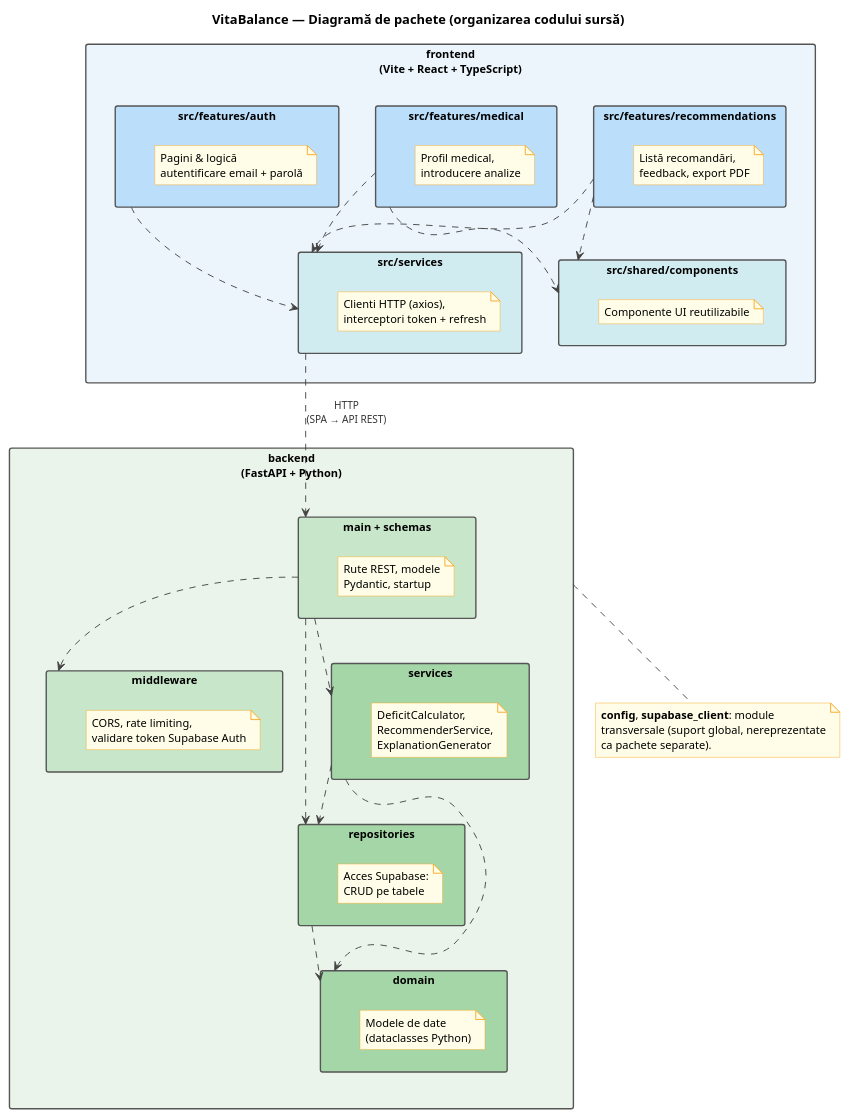
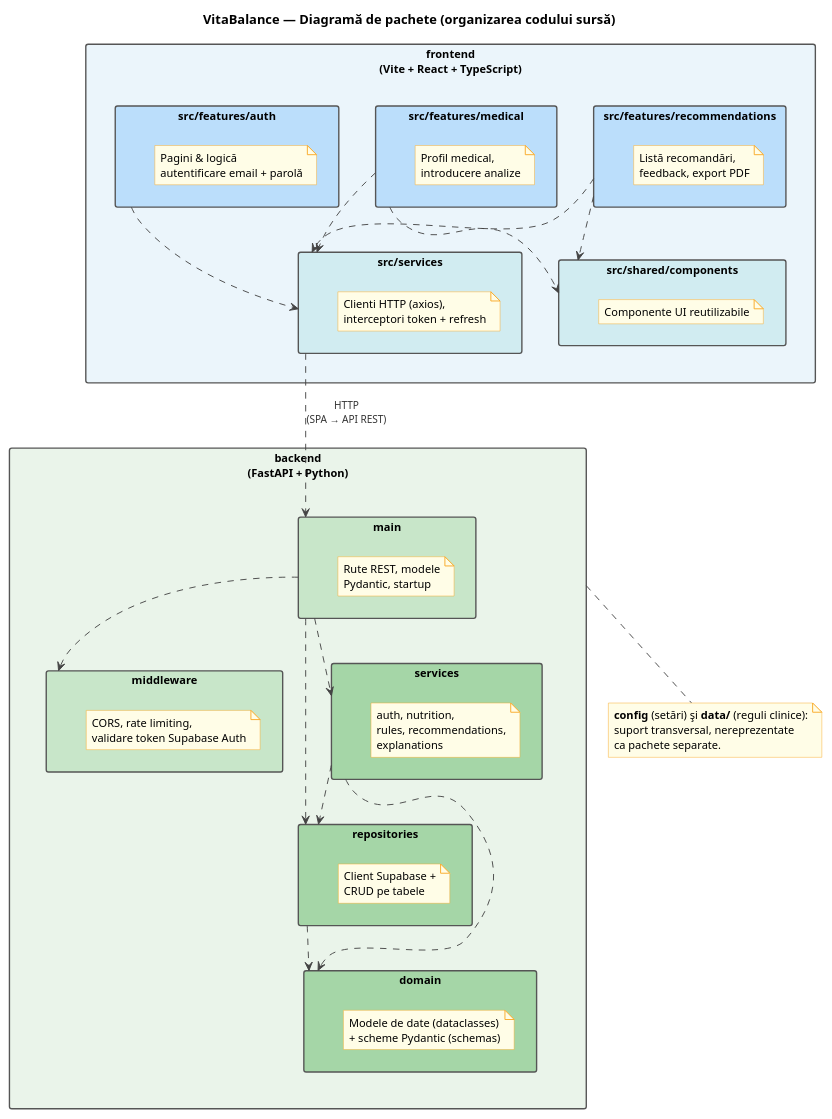
Before and after one commit to CalinGraphics/VitaBalance: the diagram in docs/diagrams/uml-package-diagram.puml, drawn with PlantUML. The commit also changed 64 other files, not shown here.

```diff
--- a/docs/diagrams/uml-package-diagram.puml
+++ b/docs/diagrams/uml-package-diagram.puml
@@ -1,115 +1,115 @@
 @startuml VitaBalance_Package_Diagram
 title VitaBalance — Diagramă de pachete (organizarea codului sursă)
 
 skinparam shadowing false
 skinparam backgroundColor #FFFFFF
 skinparam defaultFontName "Segoe UI"
 skinparam defaultFontSize 12
 skinparam packageStyle rectangle
 skinparam packageBorderColor #555555
 skinparam ArrowColor #444444
 skinparam ArrowFontColor #333333
 skinparam ArrowFontSize 11
 skinparam noteBackgroundColor #FFFDE7
 skinparam noteBorderColor #F9A825
 
 top to bottom direction
 
 package "frontend\n(Vite + React + TypeScript)" as FE #EBF5FB {
 
   package "src/features/auth" as FEAUTH #BBDEFB {
     note as N1
       Pagini & logică
       autentificare email + parolǎ
     end note
   }
 
   package "src/features/medical" as FEMED #BBDEFB {
     note as N2
       Profil medical,
       introducere analize
     end note
   }
 
   package "src/features/recommendations" as FEREC #BBDEFB {
     note as N3
       Listă recomandări,
       feedback, export PDF
     end note
   }
 
   package "src/shared/components" as FESHARED #D1ECF1 {
     note as N4
       Componente UI reutilizabile
     end note
   }
 
   package "src/services" as FEAPI #D1ECF1 {
     note as N5
       Clienti HTTP (axios),
       interceptori token + refresh
     end note
   }
 
   FEAUTH ..> FEAPI
   FEMED  ..> FEAPI
   FEREC  ..> FEAPI
   FEREC  ..> FESHARED
   FEMED  ..> FESHARED
 }
 
 package "backend\n(FastAPI + Python)" as BE #EAF4EA {
 
-  package "main + schemas" as MAIN #C8E6C9 {
+  package "main" as MAIN #C8E6C9 {
     note as N6
       Rute REST, modele
       Pydantic, startup
     end note
   }
 
   package "middleware" as MW #C8E6C9 {
     note as N7
       CORS, rate limiting,
       validare token Supabase Auth
     end note
   }
 
   package "domain" as DOM #A5D6A7 {
     note as N8
-      Modele de date
-      (dataclasses Python)
+      Modele de date (dataclasses)
+      + scheme Pydantic (schemas)
     end note
   }
 
   package "repositories" as REPO #A5D6A7 {
     note as N9
-      Acces Supabase:
+      Client Supabase +
       CRUD pe tabele
     end note
   }
 
   package "services" as SVC #A5D6A7 {
     note as N10
-      DeficitCalculator,
-      RecommenderService,
-      ExplanationGenerator
+      auth, nutrition,
+      rules, recommendations,
+      explanations
     end note
   }
 
   MAIN ..> MW
   MAIN ..> REPO
   MAIN ..> SVC
   REPO ..> DOM
   SVC  ..> DOM
   SVC  ..> REPO
 }
 
 FEAPI ..> MAIN : "HTTP\n(SPA → API REST)"
 
 note bottom of BE
-  **config**, **supabase_client**: module
-  transversale (suport global, nereprezentate
-  ca pachete separate).
+  **config** (setări) şi **data/** (reguli clinice):
+  suport transversal, nereprezentate
+  ca pachete separate.
 end note
 
 @enduml
```
